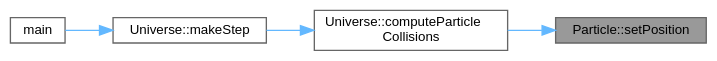
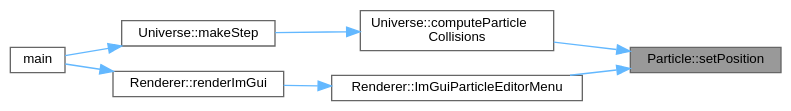
One commit to Kojittsu/Particles_Simulation changed the diagram in docs/classParticle_a23ac81778f2df7c57abe4770401522fb_icgraph.dot. Above: the diagram before and after it, drawn with Graphviz. The commit also changed 55 other files, not shown here.

```diff
--- a/docs/classParticle_a23ac81778f2df7c57abe4770401522fb_icgraph.dot
+++ b/docs/classParticle_a23ac81778f2df7c57abe4770401522fb_icgraph.dot
@@ -1,15 +1,20 @@
 digraph "Particle::setPosition"
 {
  // LATEX_PDF_SIZE
   bgcolor="transparent";
   edge [fontname=Helvetica,fontsize=10,labelfontname=Helvetica,labelfontsize=10];
   node [fontname=Helvetica,fontsize=10,shape=box,height=0.2,width=0.4];
   rankdir="RL";
   Node1 [id="Node000001",label="Particle::setPosition",height=0.2,width=0.4,color="gray40", fillcolor="grey60", style="filled", fontcolor="black",tooltip="Sets the position."];
   Node1 -> Node2 [id="edge1_Node000001_Node000002",dir="back",color="steelblue1",style="solid",tooltip=" "];
   Node2 [id="Node000002",label="Universe::computeParticle\lCollisions",height=0.2,width=0.4,color="grey40", fillcolor="white", style="filled",URL="$classUniverse.html#a7b253a1bf2e81239f327609255b2f1d8",tooltip="Computes and resolve particle collisions between all particles."];
   Node2 -> Node3 [id="edge2_Node000002_Node000003",dir="back",color="steelblue1",style="solid",tooltip=" "];
   Node3 [id="Node000003",label="Universe::makeStep",height=0.2,width=0.4,color="grey40", fillcolor="white", style="filled",URL="$classUniverse.html#a76eb413d0e5e74f293d40a9a89605ebd",tooltip="Makes a simulation step."];
   Node3 -> Node4 [id="edge3_Node000003_Node000004",dir="back",color="steelblue1",style="solid",tooltip=" "];
   Node4 [id="Node000004",label="main",height=0.2,width=0.4,color="grey40", fillcolor="white", style="filled",URL="$main_8cpp.html#a0ddf1224851353fc92bfbff6f499fa97",tooltip=" "];
+  Node1 -> Node5 [id="edge4_Node000001_Node000005",dir="back",color="steelblue1",style="solid",tooltip=" "];
+  Node5 [id="Node000005",label="Renderer::ImGuiParticleEditorMenu",height=0.2,width=0.4,color="grey40", fillcolor="white", style="filled",URL="$classRenderer.html#aa4de3e563b3963ead9703070a7709a68",tooltip="Render particles editor ImGui menu."];
+  Node5 -> Node6 [id="edge5_Node000005_Node000006",dir="back",color="steelblue1",style="solid",tooltip=" "];
+  Node6 [id="Node000006",label="Renderer::renderImGui",height=0.2,width=0.4,color="grey40", fillcolor="white", style="filled",URL="$classRenderer.html#ac606d439bdc8f139f40b8ef1a1e18ea8",tooltip="Render Dear ImGui."];
+  Node6 -> Node4 [id="edge6_Node000006_Node000004",dir="back",color="steelblue1",style="solid",tooltip=" "];
 }
```
